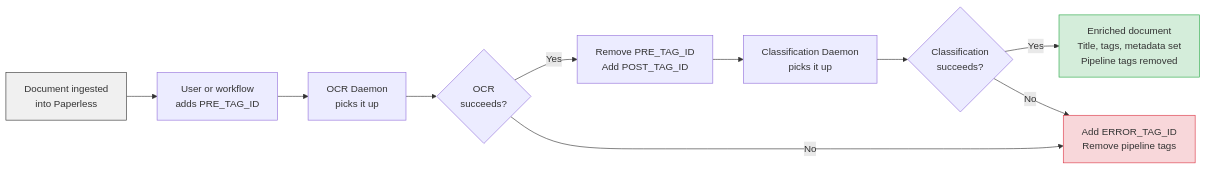
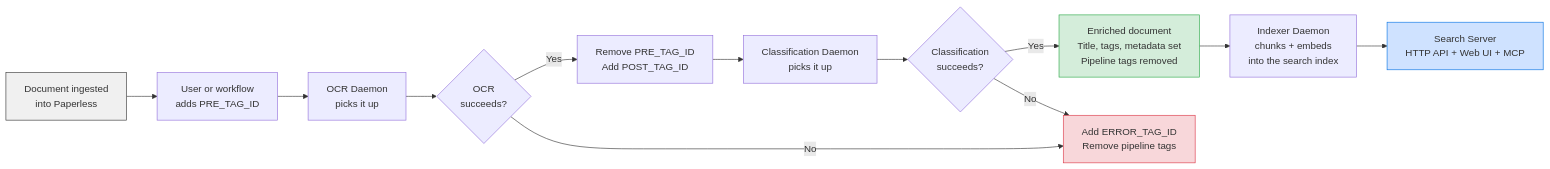
One commit to rossetv/paperless-ai changed the diagram in README.md. Above: the diagram before and after it, drawn with Mermaid. The commit also changed other lines of this file and 12 other files, not shown here.

````diff
--- a/README.md
+++ b/README.md
@@ -29,16 +31,19 @@
 ```mermaid
 flowchart LR
     A["Document ingested\ninto Paperless"] --> B["User or workflow\nadds PRE_TAG_ID"]
     B --> C["OCR Daemon\npicks it up"]
     C --> D{"OCR\nsucceeds?"}
     D -- Yes --> E["Remove PRE_TAG_ID\nAdd POST_TAG_ID"]
     E --> F["Classification Daemon\npicks it up"]
     F --> G{"Classification\nsucceeds?"}
     G -- Yes --> H["Enriched document\nTitle, tags, metadata set\nPipeline tags removed"]
     D -- No --> I["Add ERROR_TAG_ID\nRemove pipeline tags"]
     G -- No --> I
+    H --> J["Indexer Daemon\nchunks + embeds\ninto the search index"]
+    J --> K["Search Server\nHTTP API + Web UI + MCP"]
 
     style A fill:#f0f0f0,stroke:#333
     style H fill:#d4edda,stroke:#28a745
     style I fill:#f8d7da,stroke:#dc3545
+    style K fill:#cfe2ff,stroke:#0071e3
 ```
````
